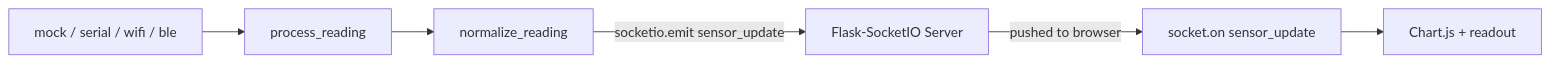
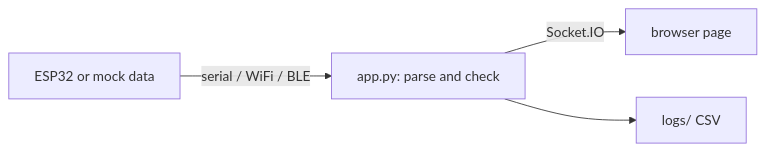
The diagram in dashboard/README.md (manuelGarciaAcha/SolarYou_Capstone), drawn with Mermaid before and after one commit. The commit also changed other lines of this file and 1 other file, not shown here.

Commit message:
Update dashboard docs: BLE quick start, current setup, trim outdated sections

````diff
--- a/dashboard/README.md
+++ b/dashboard/README.md
@@ -13,8 +11,6 @@
 ```mermaid
 flowchart LR
-    A[mock / serial / wifi / ble] --> B[process_reading]
-    B --> C[normalize_reading]
-    C -->|socketio.emit sensor_update| D[Flask-SocketIO Server]
-    D -->|pushed to browser| E[socket.on sensor_update]
-    E --> F[Chart.js + readout]
+    A[ESP32 or mock data] -->|serial / WiFi / BLE| B[app.py: parse and check]
+    B -->|Socket.IO| C[browser page]
+    B --> D[logs/ CSV]
 ```
````
